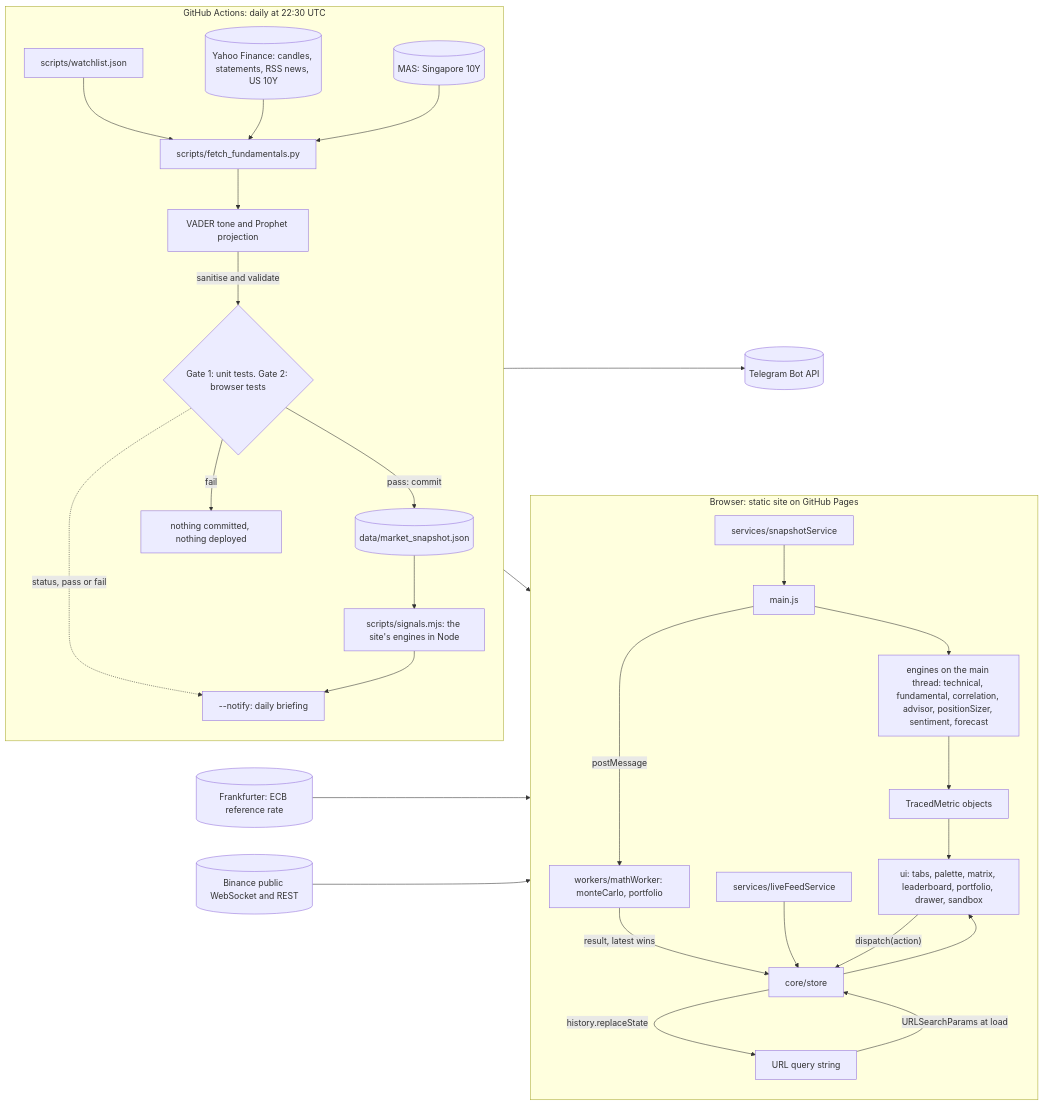
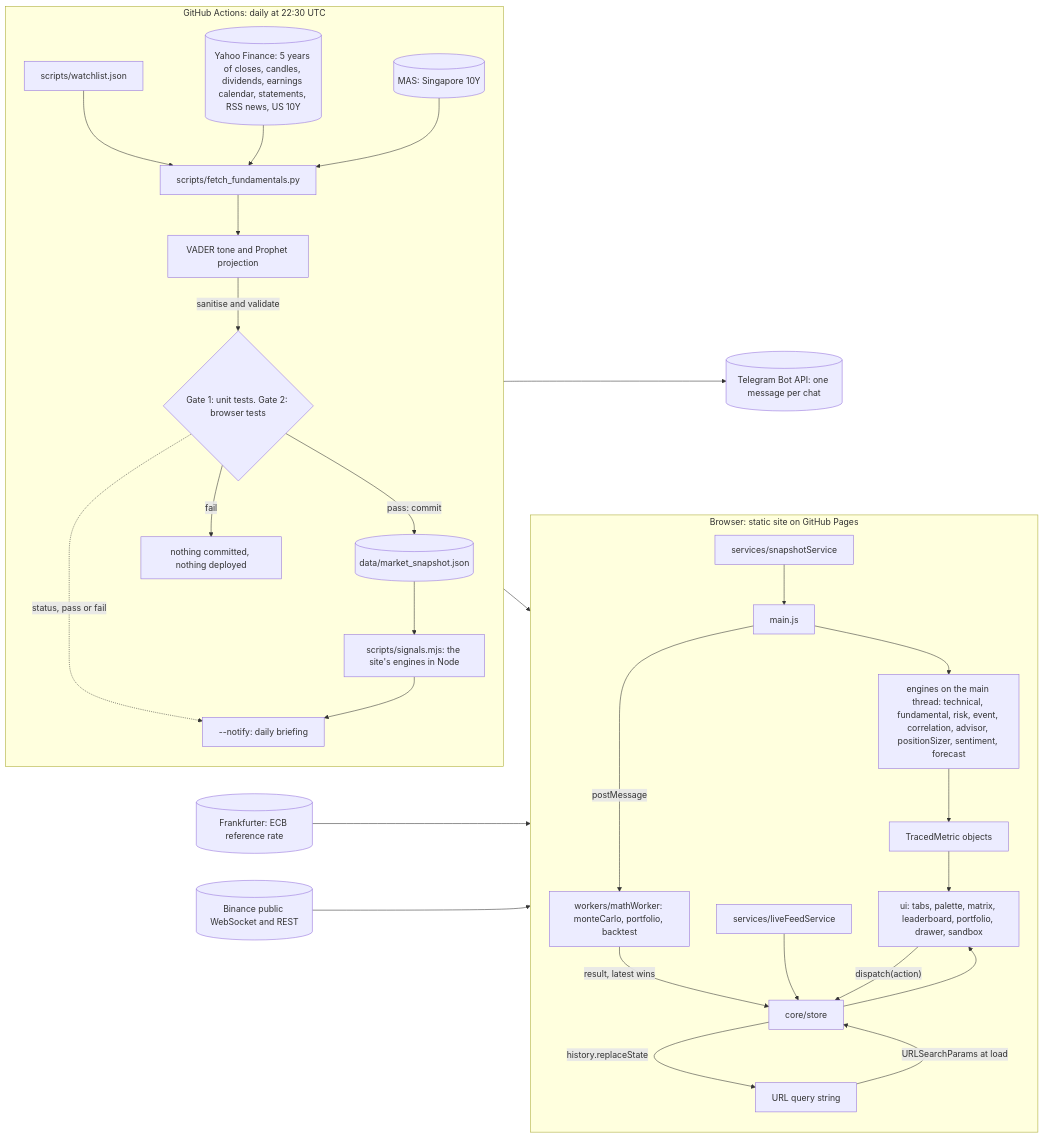
The first of 5 diagrams in README.md (myc208/quantlens), drawn with Mermaid before and after one commit. The commit also changed other lines of this file and 4 other files, not shown here.

````diff
--- a/README.md
+++ b/README.md
@@ -117,36 +125,36 @@
 ```mermaid
 flowchart LR
   subgraph CI["GitHub Actions: daily at 22:30 UTC"]
     direction TB
     WL["scripts/watchlist.json"] --> PY["scripts/fetch_fundamentals.py"]
-    YF[("Yahoo Finance: candles, statements, RSS news, US 10Y")] --> PY
+    YF[("Yahoo Finance: 5 years of closes, candles, dividends, earnings calendar, statements, RSS news, US 10Y")] --> PY
     MAS[("MAS: Singapore 10Y")] --> PY
     PY --> ML["VADER tone and Prophet projection"]
     ML -->|"sanitise and validate"| GATE{"Gate 1: unit tests. Gate 2: browser tests"}
     GATE -->|"pass: commit"| SNAP[("data/market_snapshot.json")]
     GATE -->|"fail"| KEEP["nothing committed, nothing deployed"]
     SNAP --> SIG["scripts/signals.mjs: the site's engines in Node"]
     GATE -.->|"status, pass or fail"| TG["--notify: daily briefing"]
     SIG --> TG
   end
-  TG --> TELE[("Telegram Bot API")]
+  TG --> TELE[("Telegram Bot API: one message per chat")]
 
   subgraph WEB["Browser: static site on GitHub Pages"]
     direction TB
     SS["services/snapshotService"] --> MAIN["main.js"]
-    MAIN --> ENG["engines on the main thread: technical, fundamental, correlation, advisor, positionSizer, sentiment, forecast"]
-    MAIN -->|"postMessage"| WK["workers/mathWorker: monteCarlo, portfolio"]
+    MAIN --> ENG["engines on the main thread: technical, fundamental, risk, event, correlation, advisor, positionSizer, sentiment, forecast"]
+    MAIN -->|"postMessage"| WK["workers/mathWorker: monteCarlo, portfolio, backtest"]
     WK -->|"result, latest wins"| STORE["core/store"]
     ENG --> TM["TracedMetric objects"]
     LIVE["services/liveFeedService"] --> STORE
     STORE --> UI["ui: tabs, palette, matrix, leaderboard, portfolio, drawer, sandbox"]
     TM --> UI
     UI -->|"dispatch(action)"| STORE
     STORE -->|"history.replaceState"| URL["URL query string"]
     URL -->|"URLSearchParams at load"| STORE
   end
 
   SNAP --> SS
   BIN[("Binance public WebSocket and REST")] --> LIVE
   FX[("Frankfurter: ECB reference rate")] --> LIVE
 ```
````
